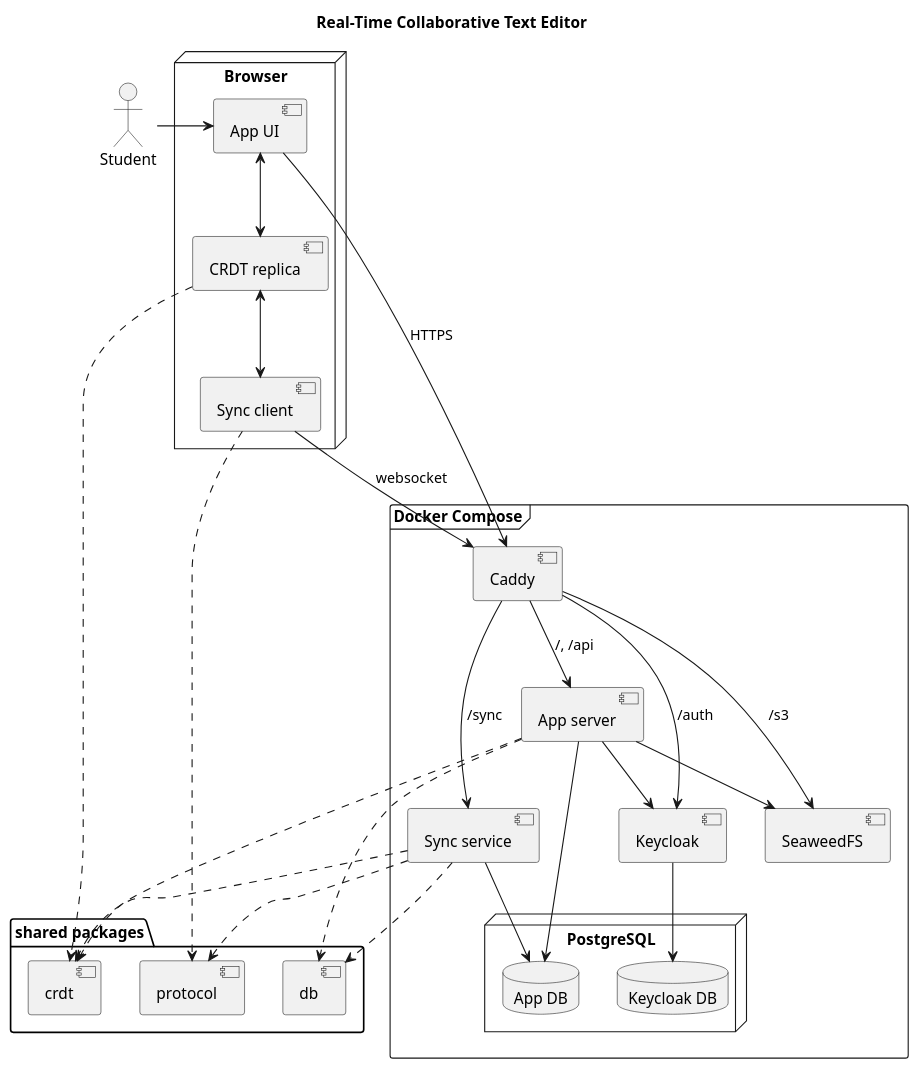
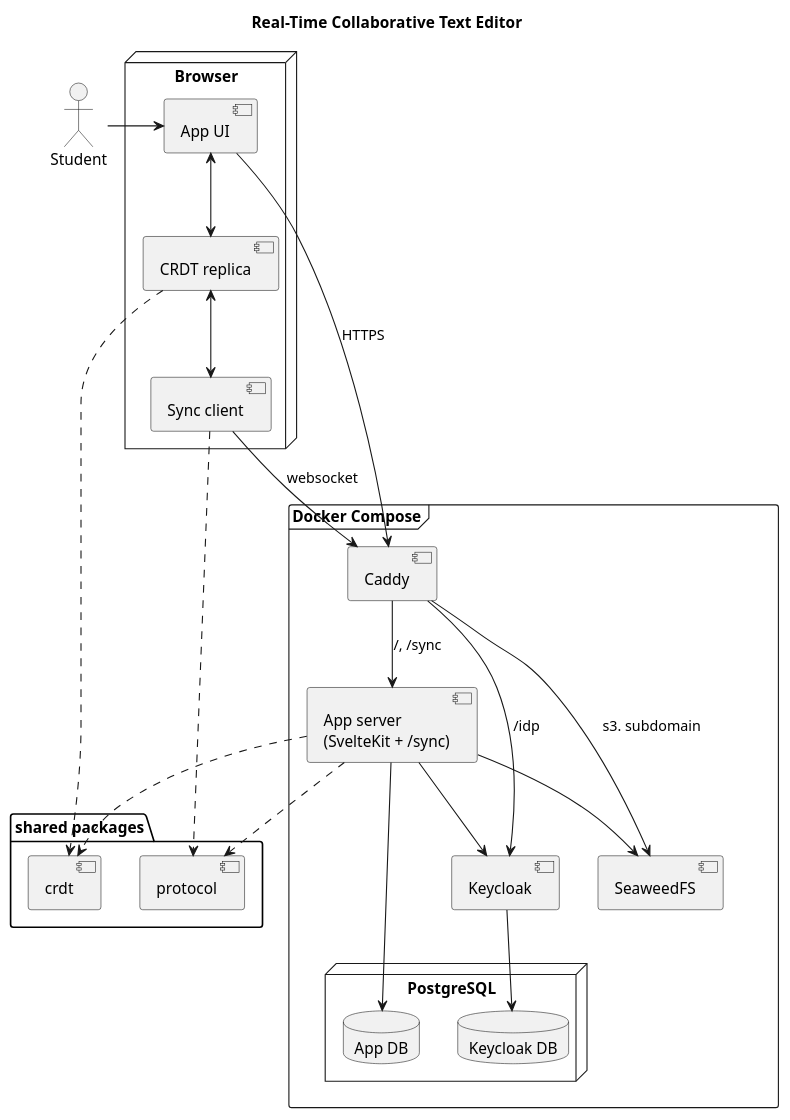
One commit to spburtsev/advanced-project changed the diagram in docs/components.puml. Above: the diagram before and after it, drawn with PlantUML. The commit also changed 50 other files, not shown here.

Commit message:
feat: simplify repo structure, use a common runtime plug-in for sync-service and db

```diff
--- a/docs/components.puml
+++ b/docs/components.puml
@@ -1,64 +1,57 @@
 @startuml components
 
 title Real-Time Collaborative Text Editor
 
 actor "Student" as user
 
 node "Browser" {
   component "App UI" as ui
   component "CRDT replica" as replica
   component "Sync client" as syncclient
 }
 
 frame "Docker Compose" {
   component "Caddy" as caddy
 
-  component "App server" as web
-  component "Sync service" as sync
+  component "App server\n(SvelteKit + /sync)" as web
   component "Keycloak" as keycloak
   component "SeaweedFS" as seaweed
 
   node "PostgreSQL" as pg {
     database "App DB" as appdb
     database "Keycloak DB" as kcdb
   }
 }
 
 package "shared packages" {
   component "crdt" as pcrdt
   component "protocol" as pproto
-  component "db" as pdb
 }
 
 'Browser
 user -right-> ui
 ui <--> replica
 replica <--> syncclient
 
 'Browser to server
 ui --> caddy : HTTPS
 syncclient --> caddy : websocket
 
 'Server routing
-caddy -down-> web : /, /api
-caddy -down-> sync : /sync
-caddy -down-> keycloak : /auth
-caddy -down-> seaweed : /s3
+caddy -down-> web : /, /sync
+caddy -down-> keycloak : /idp
+caddy -down-> seaweed : s3. subdomain
 
 'Service to service
 web --> keycloak
 web --> seaweed
 web -down-> appdb
-sync -down-> appdb 
 keycloak -down-> kcdb
 
 'Shared code
 replica ..> pcrdt
-sync ..> pcrdt
 web ..> pcrdt
 syncclient ..> pproto
-sync ..> pproto
-web ..> pdb
-sync ..> pdb
+web ..> pproto
 
 @enduml
```
